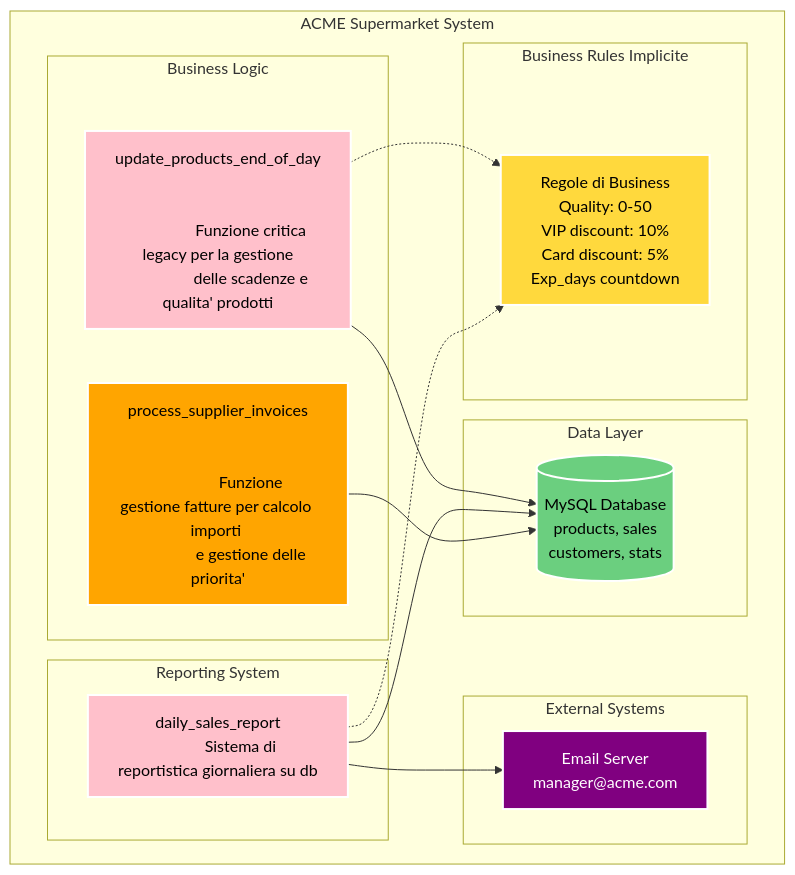
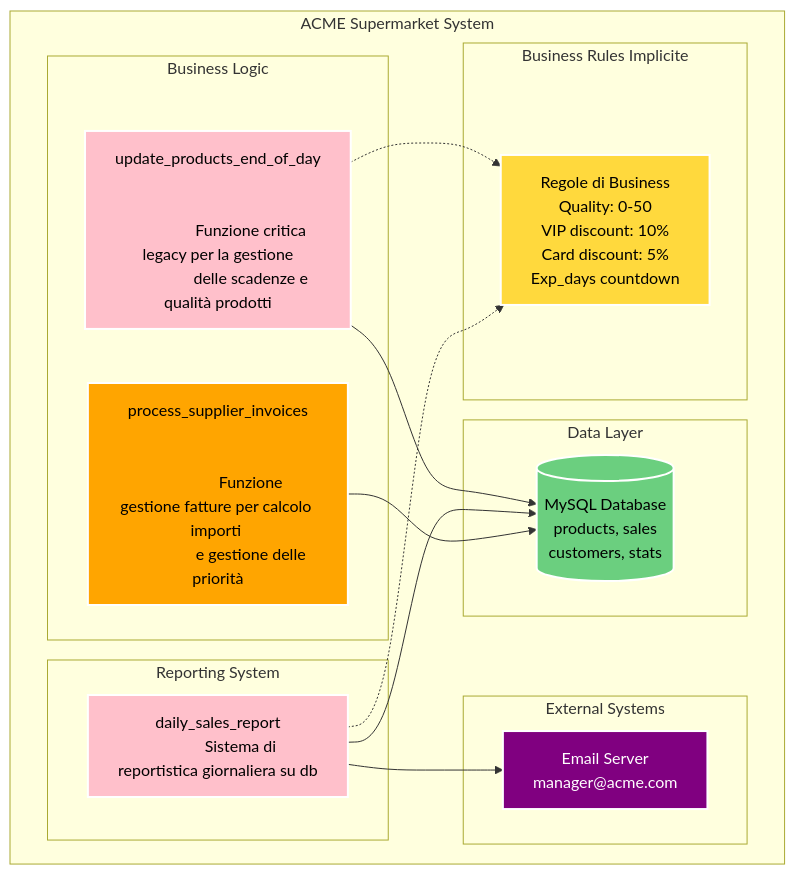
The diagram in presentations/from-zero-to-tested/README.md (BugliL/Talks), drawn with Mermaid before and after one commit. The commit also changed other lines of this file, not shown here.

````diff
--- a/presentations/from-zero-to-tested/README.md
+++ b/presentations/from-zero-to-tested/README.md
@@ -244,46 +243,46 @@
 ```mermaid
 graph TB
     subgraph ACME["ACME Supermarket System"]
         subgraph CORE["Business Logic"]
             UPD["update_products_end_of_day<br/><br/>
                  Funzione critica legacy per la gestione
-                 delle scadenze e qualita' prodotti"]
+                 delle scadenze e qualità prodotti"]
 
             INV["process_supplier_invoices<br/><br/>
                  Funzione gestione fatture per calcolo importi 
-                 e gestione delle priorita'"]
+                 e gestione delle priorità"]
         end
         subgraph REP["Reporting System"]
             DSR["daily_sales_report
             Sistema di reportistica giornaliera su db"]
         end
         
         subgraph DATA["Data Layer"]
             DB[("MySQL Database<br/>products, sales<br/>customers, stats")]
         end
         
         subgraph EXT["External Systems"]
             EMAIL["Email Server<br/>manager@acme.com"]
         end
         
         subgraph RULES["Business Rules Implicite"]
             BR["Regole di Business<br/>Quality: 0-50<br/>VIP discount: 10%<br/>Card discount: 5%<br/>Exp_days countdown"]
         end
     end
     
     UPD --> DB
     DSR --> DB
     INV --> DB
     DSR --> EMAIL
     
     UPD -.-> BR
     DSR -.-> BR
     
     style UPD fill:pink,stroke:#fff,stroke-width:2px,color:black
     style INV fill:orange,stroke:#fff,stroke-width:2px,color:black
     style DSR fill:pink,stroke:#fff,stroke-width:2px,color:black
     style BR fill:#ffd93d,stroke:#fff,stroke-width:2px,color:#000
     style DB fill:#6bcf7f,stroke:#fff,stroke-width:2px,color:#000
     style EMAIL fill:purple,stroke:#fff,stroke-width:2px,color:white
 
 ```
````
